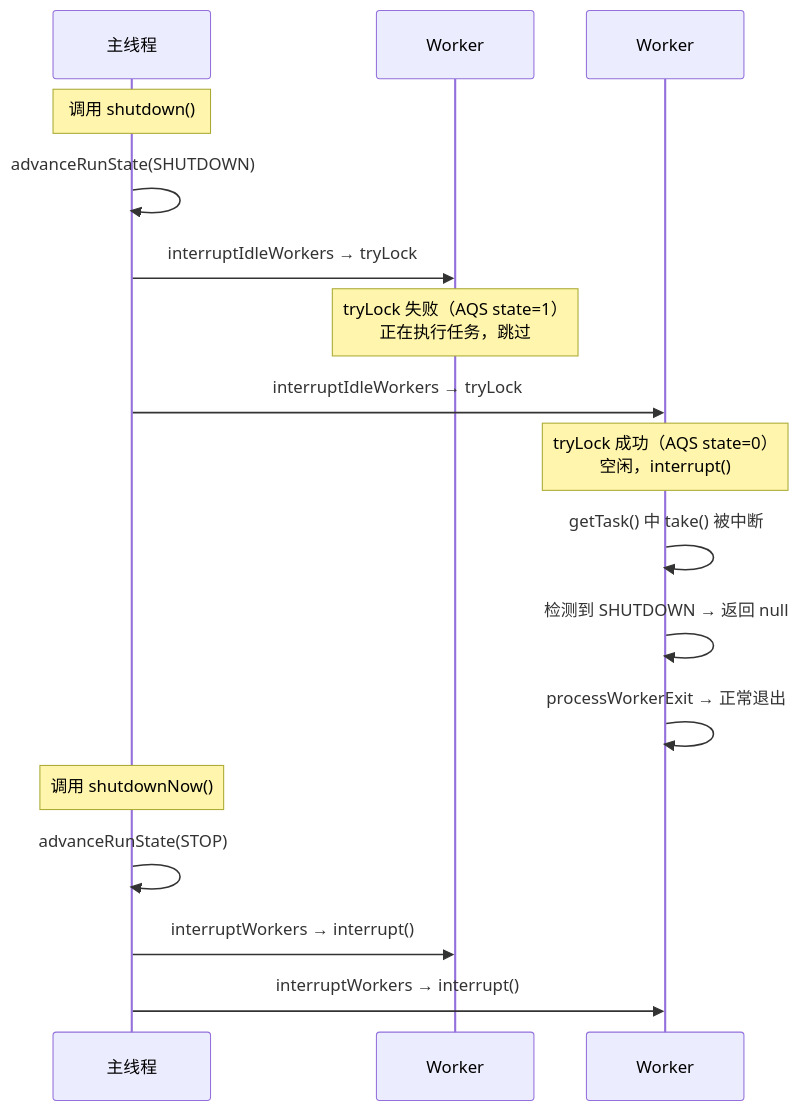
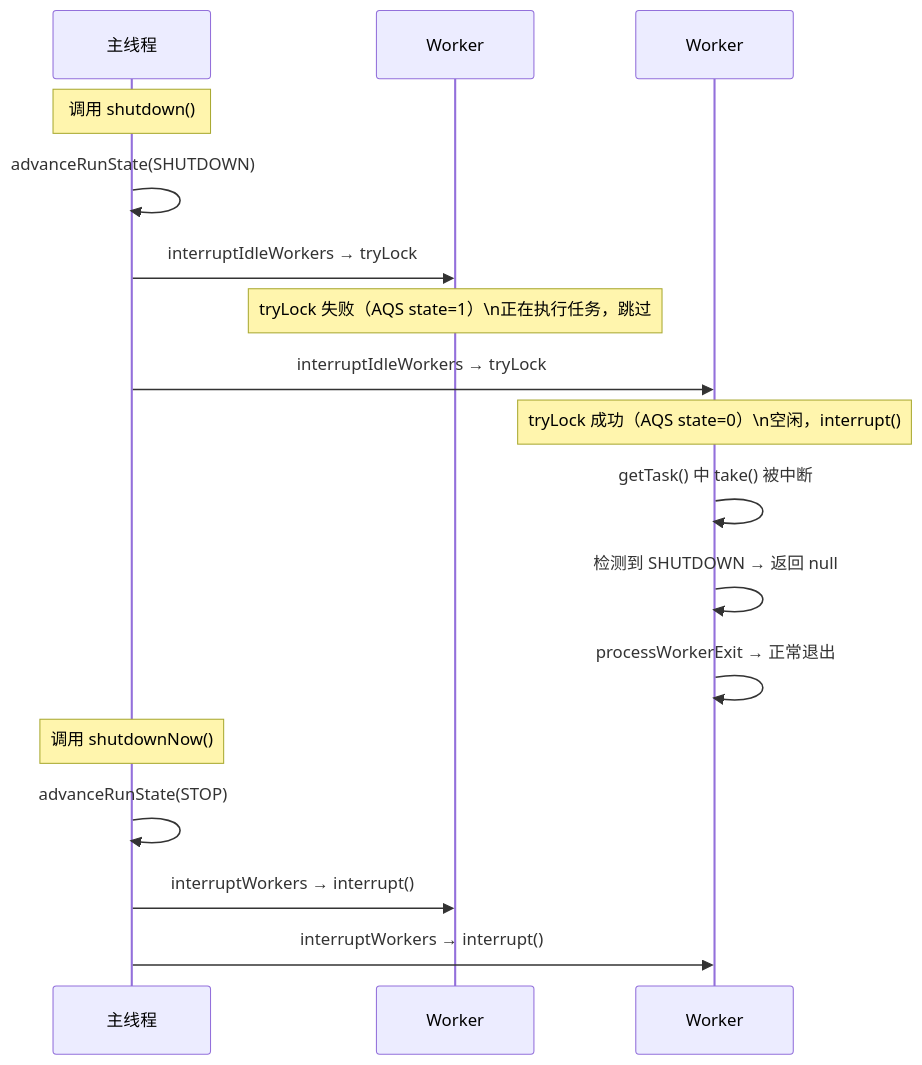
The fourth of 6 diagrams in content/posts/concurrency/ThreadPoolExecutor.md (yaocat55/yaocat55.github.io), drawn with Mermaid before and after one commit. The commit also changed other lines of this file and 155 other files, not shown here.

````diff
--- a/content/posts/concurrency/ThreadPoolExecutor.md
+++ b/content/posts/concurrency/ThreadPoolExecutor.md
@@ -786,21 +791,21 @@
 ```mermaid
 sequenceDiagram
     participant MAIN as 主线程
     participant W1 as Worker#1（忙碌）
     participant W2 as Worker#2（空闲）
 
     Note over MAIN: 调用 shutdown()
     MAIN->>MAIN: advanceRunState(SHUTDOWN)
     MAIN->>W1: interruptIdleWorkers → tryLock
-    Note over W1: tryLock 失败（AQS state=1）<br/>正在执行任务，跳过
+    Note over W1: tryLock 失败（AQS state=1）\n正在执行任务，跳过
     MAIN->>W2: interruptIdleWorkers → tryLock
-    Note over W2: tryLock 成功（AQS state=0）<br/>空闲，interrupt()
+    Note over W2: tryLock 成功（AQS state=0）\n空闲，interrupt()
     W2->>W2: getTask() 中 take() 被中断
     W2->>W2: 检测到 SHUTDOWN → 返回 null
     W2->>W2: processWorkerExit → 正常退出
 
     Note over MAIN: 调用 shutdownNow()
     MAIN->>MAIN: advanceRunState(STOP)
     MAIN->>W1: interruptWorkers → interrupt()
     MAIN->>W2: interruptWorkers → interrupt()
 ```
````
